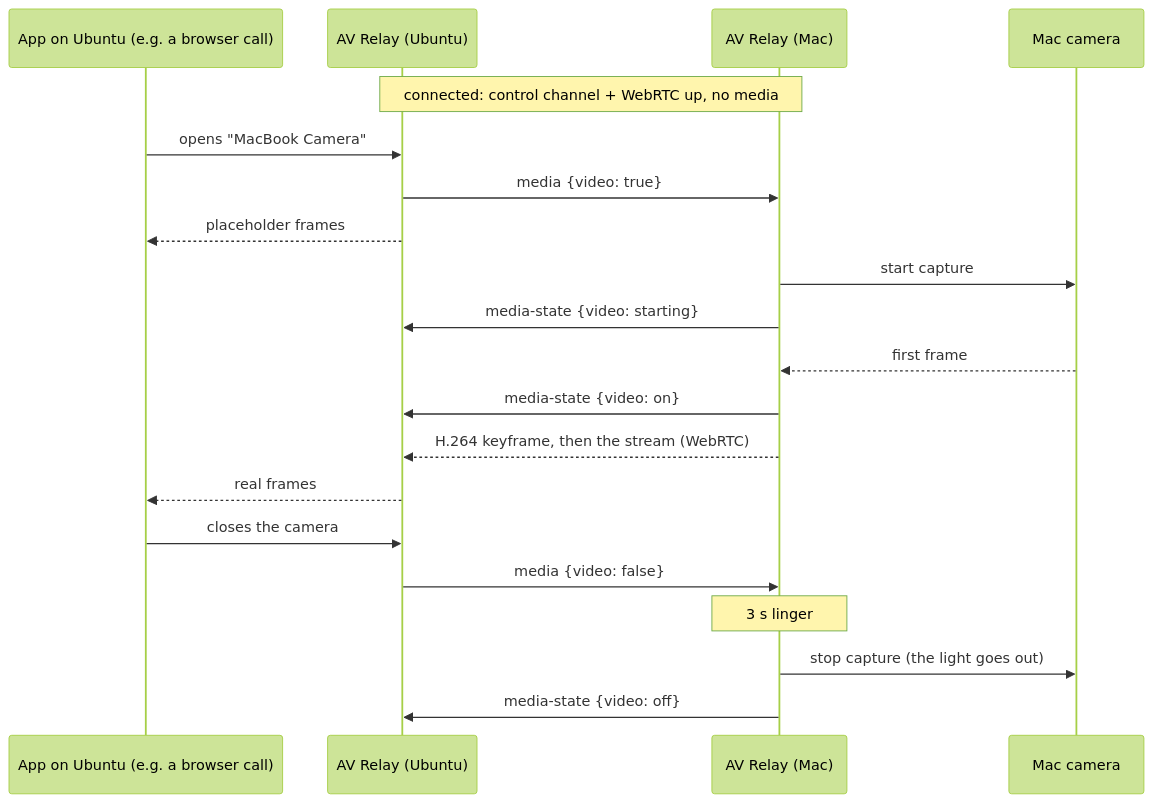
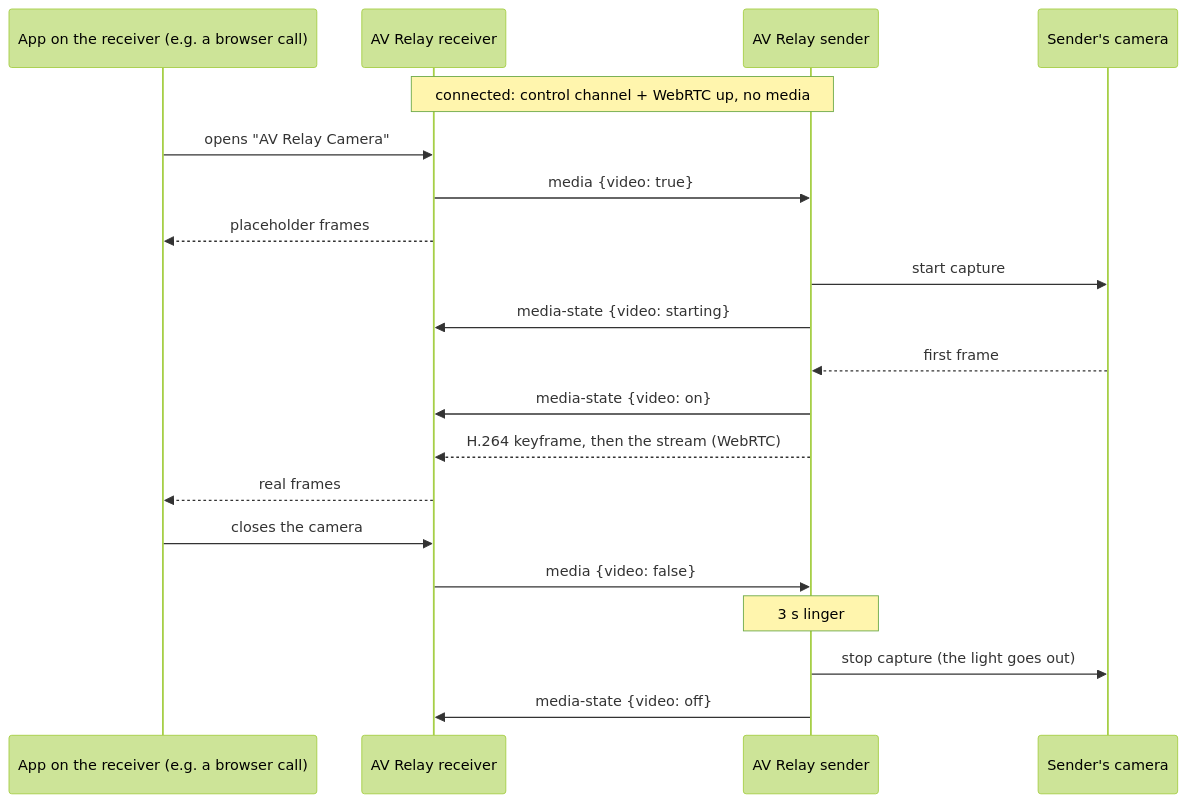
The diagram in docs/architecture.md (salihmarangoz/av_relay), drawn with Mermaid (forest theme) before and after one commit. The commit also changed other lines of this file and 13 other files, not shown here.

First line of the commit message:
Naming: sender (server) and receiver (client), not Mac and Ubuntu (T22)

````diff
--- a/docs/architecture.md
+++ b/docs/architecture.md
@@ -156,22 +161,22 @@
 ```mermaid
 sequenceDiagram
-    participant App as App on Ubuntu (e.g. a browser call)
-    participant L as AV Relay (Ubuntu)
-    participant M as AV Relay (Mac)
-    participant Cam as Mac camera
-    Note over L,M: connected: control channel + WebRTC up, no media
-    App->>L: opens "MacBook Camera"
-    L->>M: media {video: true}
-    L-->>App: placeholder frames
-    M->>Cam: start capture
-    M->>L: media-state {video: starting}
-    Cam-->>M: first frame
-    M->>L: media-state {video: on}
-    M-->>L: H.264 keyframe, then the stream (WebRTC)
-    L-->>App: real frames
-    App->>L: closes the camera
-    L->>M: media {video: false}
-    Note over M: 3 s linger
-    M->>Cam: stop capture (the light goes out)
-    M->>L: media-state {video: off}
+    participant App as App on the receiver (e.g. a browser call)
+    participant R as AV Relay receiver
+    participant S as AV Relay sender
+    participant Cam as Sender's camera
+    Note over R,S: connected: control channel + WebRTC up, no media
+    App->>R: opens "AV Relay Camera"
+    R->>S: media {video: true}
+    R-->>App: placeholder frames
+    S->>Cam: start capture
+    S->>R: media-state {video: starting}
+    Cam-->>S: first frame
+    S->>R: media-state {video: on}
+    S-->>R: H.264 keyframe, then the stream (WebRTC)
+    R-->>App: real frames
+    App->>R: closes the camera
+    R->>S: media {video: false}
+    Note over S: 3 s linger
+    S->>Cam: stop capture (the light goes out)
+    S->>R: media-state {video: off}
 ```
````
